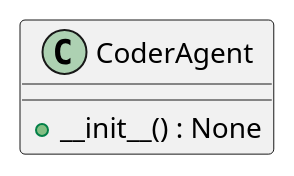
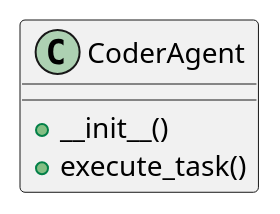
The diagram in openwiki/src/autogen_team/application/agents/coder_agent.md (lgcorzo/llmops-python-package), drawn with PlantUML before and after one commit. The commit also changed other lines of this file and 77 other files, not shown here.

````diff
--- a/openwiki/src/autogen_team/application/agents/coder_agent.md
+++ b/openwiki/src/autogen_team/application/agents/coder_agent.md
@@ -50,7 +73,8 @@
 ```plantuml
 @startuml
-    class CoderAgent {
-        +__init__() : None
-    }
+class CoderAgent {
+  + __init__()
+  + execute_task()
+}
 @enduml
 ```
````
